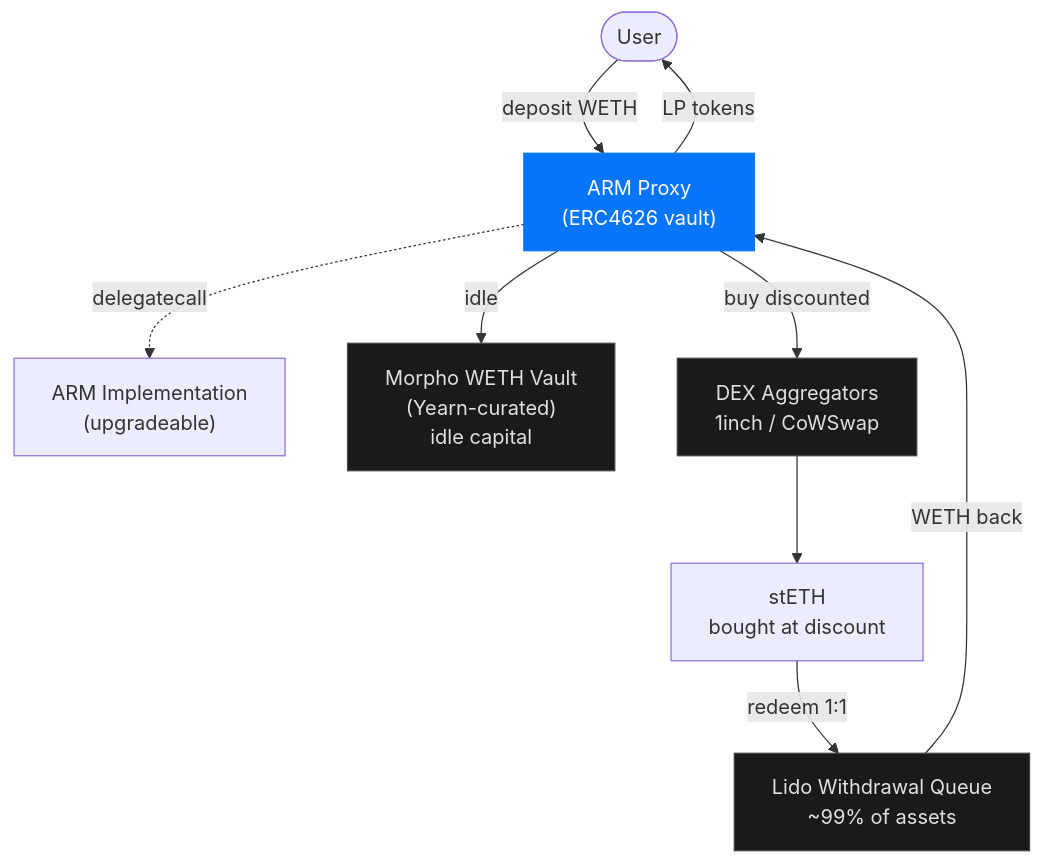
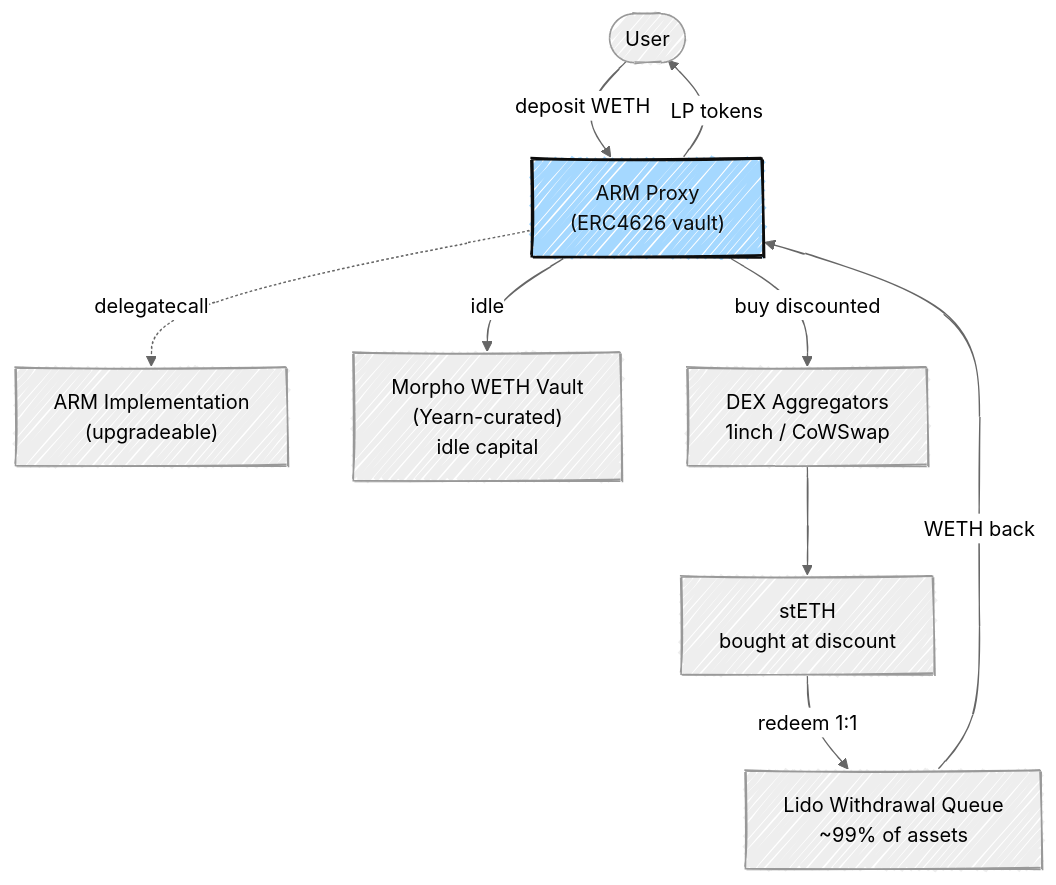
The diagram in reports/substack/output/origin-arm/images/architecture.mmd (yearn/risk-score), drawn with Mermaid before and after one commit. The commit also changed 16 other files, not shown here.

First line of the commit message:
feat: add yvUSDC-1 substack article + Excalidraw-style diagrams

```diff
--- a/reports/substack/output/origin-arm/images/architecture.mmd
+++ b/reports/substack/output/origin-arm/images/architecture.mmd
@@ -1,22 +1,25 @@
+---
+config:
+  look: handDrawn
+  theme: neutral
+---
 graph TB
     User([User])
     Proxy["ARM Proxy<br/>(ERC4626 vault)"]
     Impl["ARM Implementation<br/>(upgradeable)"]
     LidoWQ["Lido Withdrawal Queue<br/>~99% of assets"]
     Morpho["Morpho WETH Vault<br/>(Yearn-curated)<br/>idle capital"]
     DEX["DEX Aggregators<br/>1inch / CoWSwap"]
     stETH["stETH<br/>bought at discount"]
 
     User -->|deposit WETH| Proxy
     Proxy -->|LP tokens| User
     Proxy -.->|delegatecall| Impl
     Proxy -->|buy discounted| DEX
     DEX --> stETH
     stETH -->|redeem 1:1| LidoWQ
     LidoWQ -->|WETH back| Proxy
     Proxy -->|idle| Morpho
 
-    classDef central fill:#0675F9,color:#fff,stroke:#0675F9
-    classDef external fill:#1a1a1a,color:#e0e0e0,stroke:#444
+    classDef central fill:#a5d8ff,color:#0c0c0c,stroke:#0c0c0c,stroke-width:2px
     class Proxy central
-    class LidoWQ,Morpho,DEX external
```
